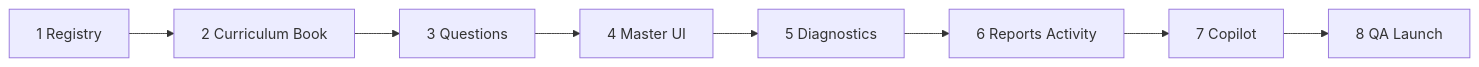
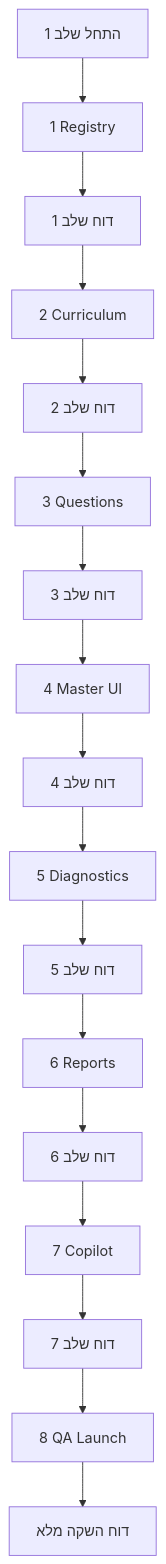
One commit to LEOKID2026/LIOSH-WEBSITE changed the diagram in .cursor/plans/history_g6_feasibility_5a8878be.plan.md. Above: the diagram before and after it, drawn with Mermaid. The commit also changed other lines of this file and 122 other files, not shown here.

````diff
--- a/.cursor/plans/history_g6_feasibility_5a8878be.plan.md
+++ b/.cursor/plans/history_g6_feasibility_5a8878be.plan.md
@@ -266,10 +147,19 @@
 ```mermaid
-flowchart LR
-  S1[1 Registry] --> S2[2 Curriculum Book]
-  S2 --> S3[3 Questions]
-  S3 --> S4[4 Master UI]
-  S4 --> S5[5 Diagnostics]
-  S5 --> S6[6 Reports Activity]
-  S6 --> S7[7 Copilot]
-  S7 --> S8[8 QA Launch]
+flowchart TD
+  Start[התחל שלב 1] --> P1[1 Registry]
+  P1 --> R1[דוח שלב 1]
+  R1 --> P2[2 Curriculum]
+  P2 --> R2[דוח שלב 2]
+  R2 --> P3[3 Questions]
+  P3 --> R3[דוח שלב 3]
+  R3 --> P4[4 Master UI]
+  P4 --> R4[דוח שלב 4]
+  R4 --> P5[5 Diagnostics]
+  P5 --> R5[דוח שלב 5]
+  R5 --> P6[6 Reports]
+  P6 --> R6[דוח שלב 6]
+  R6 --> P7[7 Copilot]
+  P7 --> R7[דוח שלב 7]
+  R7 --> P8[8 QA Launch]
+  P8 --> Final[דוח השקה מלא]
 ```
````
